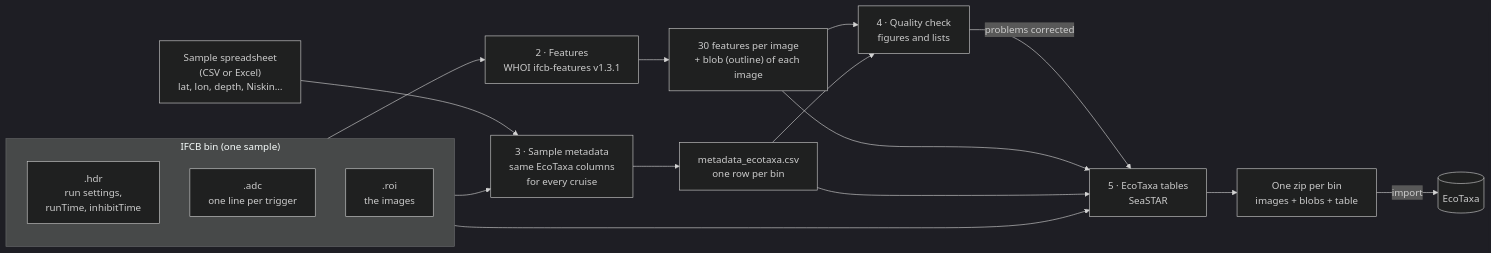
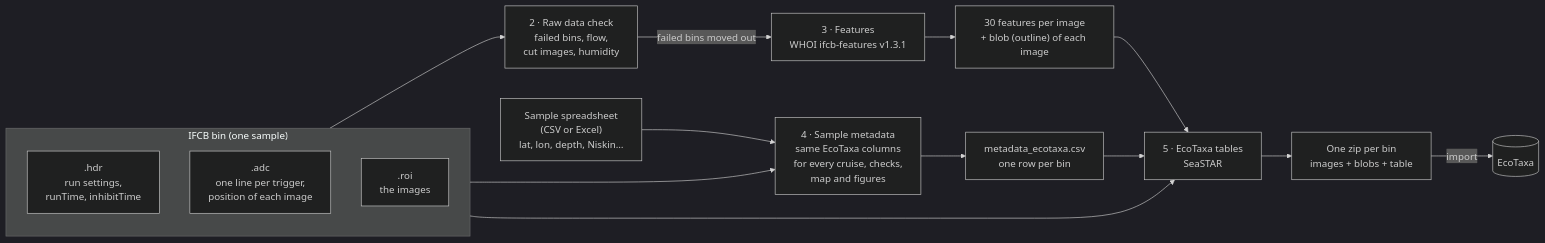
One commit to NOC-OI/seastar changed the first of 5 diagrams in docs/PROTOCOL.md. Above: the diagram before and after it, drawn with Mermaid (dark theme). The commit also changed other lines of this file and 17 other files, not shown here.

Commit message:
App: one page per step in a menu with Process, EcoTaxa API and BODC groups; raw data checked before the features; where each step stands

````diff
--- a/docs/PROTOCOL.md
+++ b/docs/PROTOCOL.md
@@ -18,23 +18,21 @@
 ```mermaid
 flowchart LR
     subgraph IFCB["IFCB bin (one sample)"]
         HDR[".hdr<br/>run settings,<br/>runTime, inhibitTime"]
-        ADC[".adc<br/>one line per trigger"]
+        ADC[".adc<br/>one line per trigger,<br/>position of each image"]
         ROI[".roi<br/>the images"]
     end
     SHEET["Sample spreadsheet<br/>(CSV or Excel)<br/>lat, lon, depth, Niskin…"]
 
-    IFCB --> S2["2 · Features<br/>WHOI ifcb-features v1.3.1"]
-    S2 --> FEAT["30 features per image<br/>+ blob (outline) of each image"]
-    SHEET --> S3["3 · Sample metadata<br/>same EcoTaxa columns<br/>for every cruise"]
-    IFCB --> S3
-    S3 --> META["metadata_ecotaxa.csv<br/>one row per bin"]
-    FEAT --> S4["4 · Quality check<br/>figures and lists"]
-    META --> S4
-    S4 -->|"problems corrected"| S5["5 · EcoTaxa tables<br/>SeaSTAR"]
-    FEAT --> S5
+    IFCB --> S2["2 · Raw data check<br/>failed bins, flow,<br/>cut images, humidity"]
+    S2 -->|"failed bins moved out"| S3["3 · Features<br/>WHOI ifcb-features v1.3.1"]
+    S3 --> FEAT["30 features per image<br/>+ blob (outline) of each image"]
+    SHEET --> S4["4 · Sample metadata<br/>same EcoTaxa columns<br/>for every cruise, checks,<br/>map and figures"]
+    IFCB --> S4
+    S4 --> META["metadata_ecotaxa.csv<br/>one row per bin"]
+    FEAT --> S5["5 · EcoTaxa tables<br/>SeaSTAR"]
     META --> S5
     IFCB --> S5
     S5 --> ZIP["One zip per bin<br/>images + blobs + table"]
     ZIP -->|"import"| ECO[("EcoTaxa")]
 ```
````
